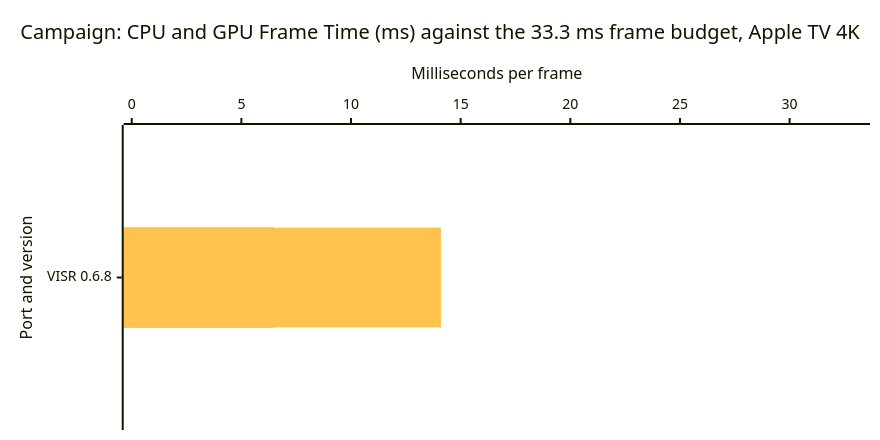
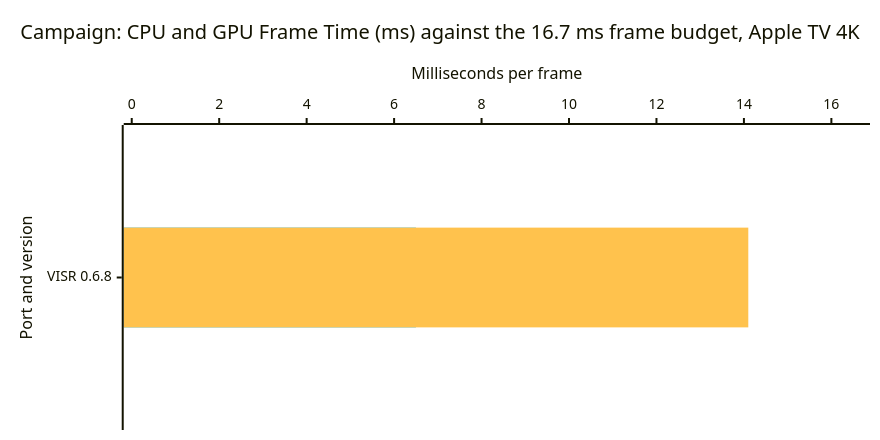
The fourth of 7 diagrams in docs/benchmarks.md (VISR-CE/visr), drawn with Mermaid before and after one commit. The commit also changed other lines of this file and 7 other files, not shown here.

````diff
--- a/docs/benchmarks.md
+++ b/docs/benchmarks.md
@@ -108,17 +108,17 @@
 ```mermaid
 ---
 config:
   xyChart:
     width: 860
     height: 420
   themeVariables:
     xyChart:
       plotColorPalette: "#1fa9d4, #ffc24d"
 ---
 xychart-beta horizontal
-    title "Campaign: CPU and GPU Frame Time (ms) against the 33.3 ms frame budget, Apple TV 4K"
+    title "Campaign: CPU and GPU Frame Time (ms) against the 16.7 ms frame budget, Apple TV 4K"
     x-axis "Port and version" ["VISR 0.6.8"]
-    y-axis "Milliseconds per frame" 0 --> 33.3
+    y-axis "Milliseconds per frame" 0 --> 16.7
     bar [6.5]
     bar [14.1]
 ```
````
